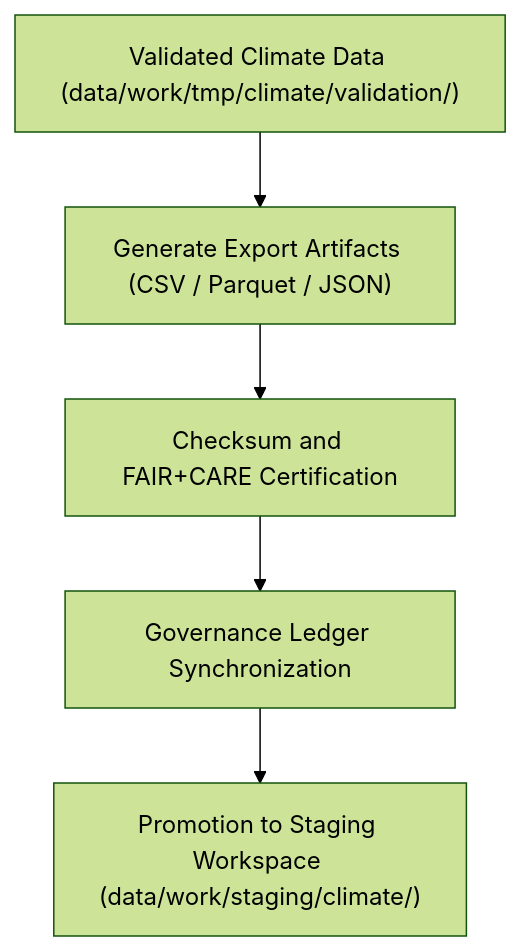
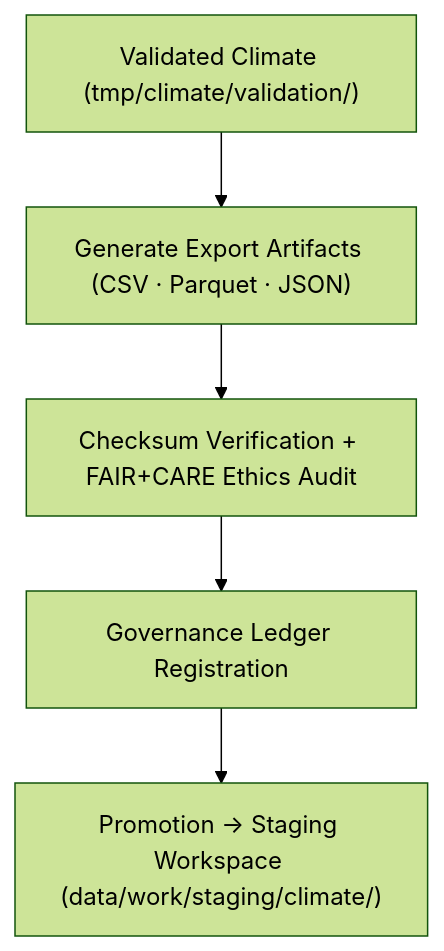
One commit to bartytime4life/Kansas-Frontier-Matrix changed the diagram in data/work/tmp/climate/exports/README.md. Above: the diagram before and after it, drawn with Mermaid (forest theme). The commit also changed other lines of this file, not shown here.

````diff
--- a/data/work/tmp/climate/exports/README.md
+++ b/data/work/tmp/climate/exports/README.md
@@ -62,7 +64,7 @@
 ```mermaid
 flowchart TD
-    A["Validated Climate Data (data/work/tmp/climate/validation/)"] --> B["Generate Export Artifacts (CSV / Parquet / JSON)"]
-    B --> C["Checksum and FAIR+CARE Certification"]
-    C --> D["Governance Ledger Synchronization"]
-    D --> E["Promotion to Staging Workspace (data/work/staging/climate/)"]
+    A["Validated Climate (tmp/climate/validation/)"] --> B["Generate Export Artifacts (CSV · Parquet · JSON)"]
+    B --> C["Checksum Verification + FAIR+CARE Ethics Audit"]
+    C --> D["Governance Ledger Registration"]
+    D --> E["Promotion → Staging Workspace (data/work/staging/climate/)"]
 ```
````
